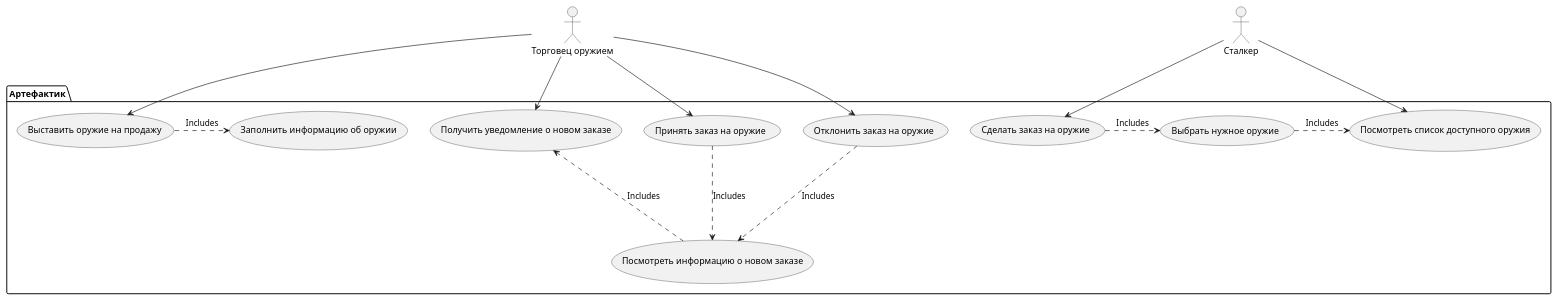
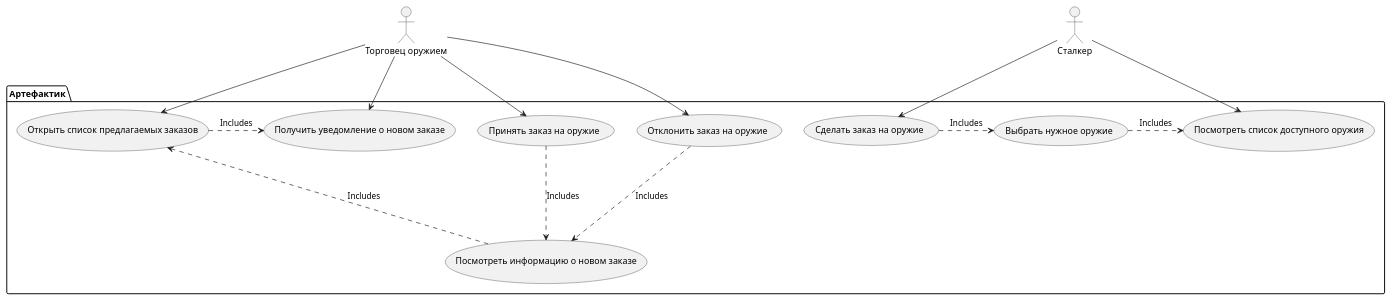
One commit to avdosev/itmo-software-diagrams changed the diagram in use-cases/stalker/buy_gun.puml. Above: the diagram before and after it, drawn with PlantUML. The commit also changed 1 other file, not shown here.

```diff
--- a/use-cases/stalker/buy_gun.puml
+++ b/use-cases/stalker/buy_gun.puml
@@ -1,45 +1,45 @@
 @startuml
 actor "Торговец оружием" as GunSeller
 actor Сталкер as Stalker
 
 package Артефактик {
 
-    usecase "Выставить оружие на продажу" as CreateGunProduct
-    usecase "Заполнить информацию об оружии" as FillGunInfo
 
     usecase "Посмотреть список доступного оружия" as GetGunList
     
     usecase "Выбрать нужное оружие" as SelectGun
 
     usecase "Сделать заказ на оружие" as CreateGunOrder
 
     usecase "Получить уведомление о новом заказе" as OrderNotification
 
     usecase "Принять заказ на оружие" as AcceptGunOrder
 
     usecase "Отклонить заказ на оружие" as DeclineGunOrder
 
     usecase "Посмотреть информацию о новом заказе" as GetOrderInfo
 
-    CreateGunProduct.> FillGunInfo : Includes
+    usecase "Открыть список предлагаемых заказов" as GetOrderList
+
 
     CreateGunOrder .> SelectGun: Includes
     SelectGun .> GetGunList: Includes
 
-    GetOrderInfo .-up-> OrderNotification: Includes
+    GetOrderInfo .-up-> GetOrderList: Includes
+    GetOrderList .> OrderNotification : Includes
 
     AcceptGunOrder .-down-> GetOrderInfo: Includes
     DeclineGunOrder .-down-> GetOrderInfo: Includes
     
  
 }
 
 
-GunSeller --> CreateGunProduct
 GunSeller --> OrderNotification
 GunSeller --> AcceptGunOrder 
 GunSeller --> DeclineGunOrder 
+GunSeller --> GetOrderList
 Stalker --> CreateGunOrder
 Stalker --> GetGunList
 
 @enduml
```
